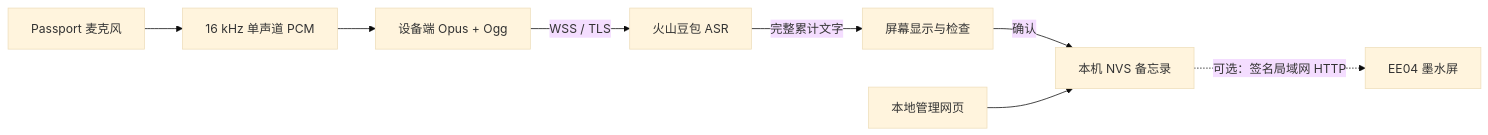
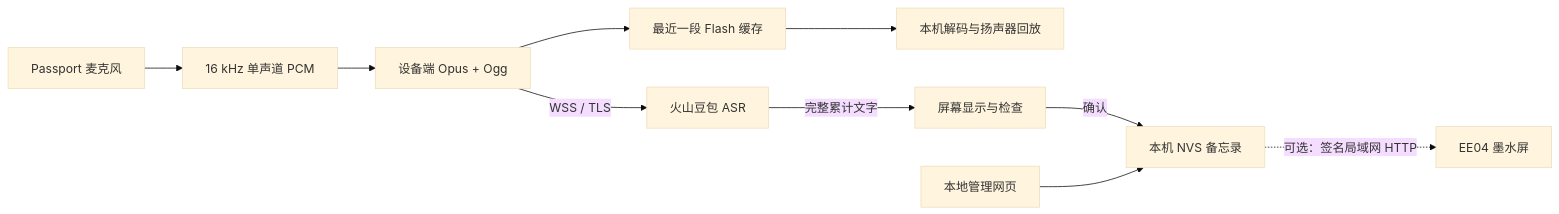
The diagram in README.zh_CN.md (netseye/passport-memo), drawn with Mermaid (base theme) before and after one commit. The commit also changed other lines of this file and 44 other files, not shown here.

````diff
--- a/README.zh_CN.md
+++ b/README.zh_CN.md
@@ -40,10 +41,12 @@
 ```mermaid
 flowchart LR
     Mic[Passport 麦克风] --> PCM[16 kHz 单声道 PCM]
     PCM --> Opus[设备端 Opus + Ogg]
     Opus -->|WSS / TLS| ASR[火山豆包 ASR]
+    Opus --> Cache[最近一段 Flash 缓存]
+    Cache --> Speaker[本机解码与扬声器回放]
     ASR -->|完整累计文字| Review[屏幕显示与检查]
     Review -->|确认| Notes[本机 NVS 备忘录]
     Notes -. 可选：签名局域网 HTTP .-> EE04[EE04 墨水屏]
     Browser[本地管理网页] --> Notes
 ```
````
